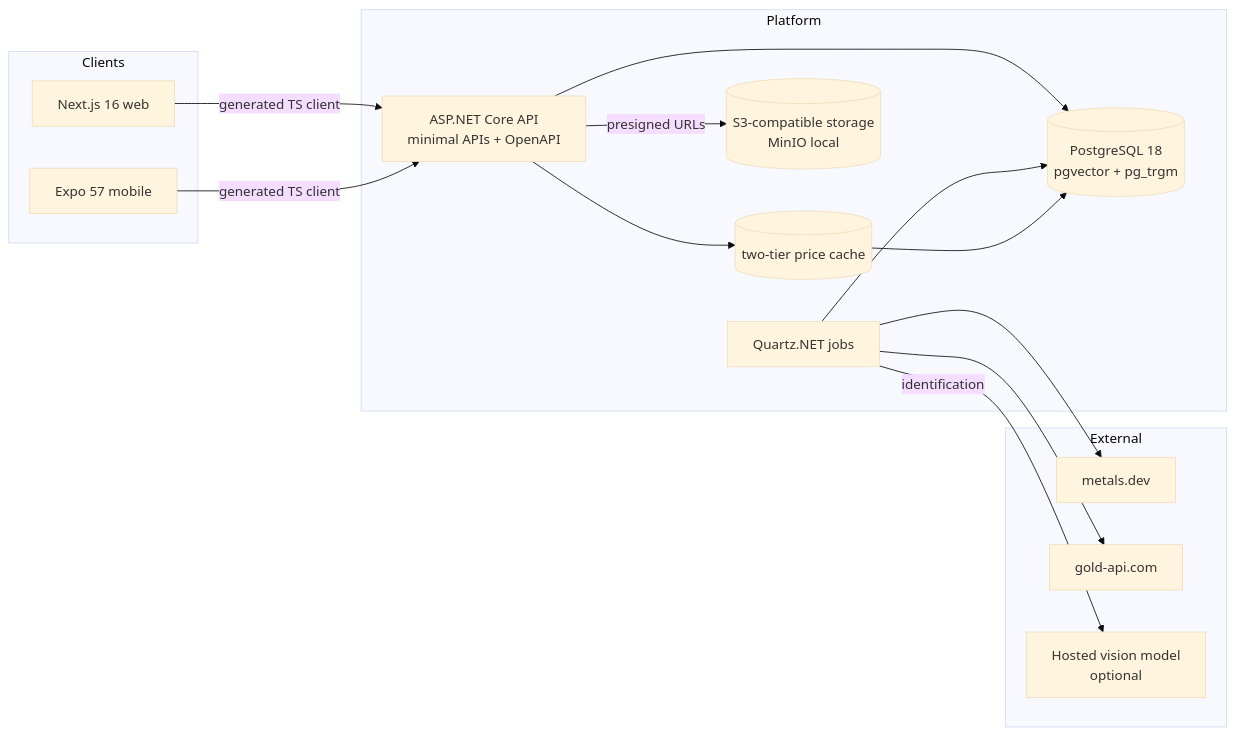
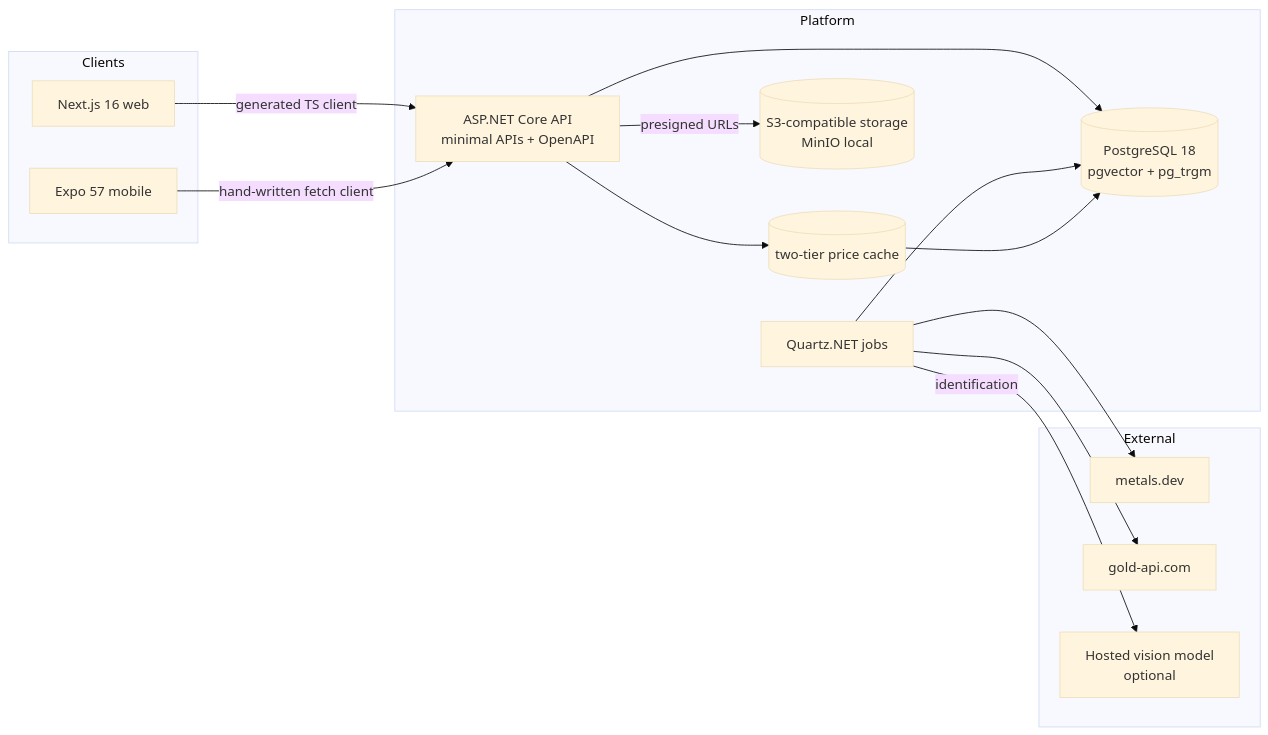
Before and after one commit to Alex5350/mintmark: the diagram in TECHNICAL.md, drawn with Mermaid (base theme). The commit also changed other lines of this file and 6 other files, not shown here.

````diff
--- a/TECHNICAL.md
+++ b/TECHNICAL.md
@@ -23,28 +25,28 @@
 ```mermaid
 flowchart LR
     subgraph Clients
         WEB[Next.js 16 web]
         MOB[Expo 57 mobile]
     end
     subgraph Platform
         API[ASP.NET Core API\nminimal APIs + OpenAPI]
         Q[Quartz.NET jobs]
         DB[(PostgreSQL 18\npgvector + pg_trgm)]
         OBJ[(S3-compatible storage\nMinIO local)]
         CACHE[(two-tier price cache)]
     end
     subgraph External
         P1[metals.dev]
         P2[gold-api.com]
         V[Hosted vision model\noptional]
     end
     WEB -->|generated TS client| API
-    MOB -->|generated TS client| API
+    MOB -->|hand-written fetch client| API
     API --> DB
     API -->|presigned URLs| OBJ
     Q --> P1
     Q --> P2
     Q --> DB
     API --> CACHE --> DB
     Q -->|identification| V
 ```
````
